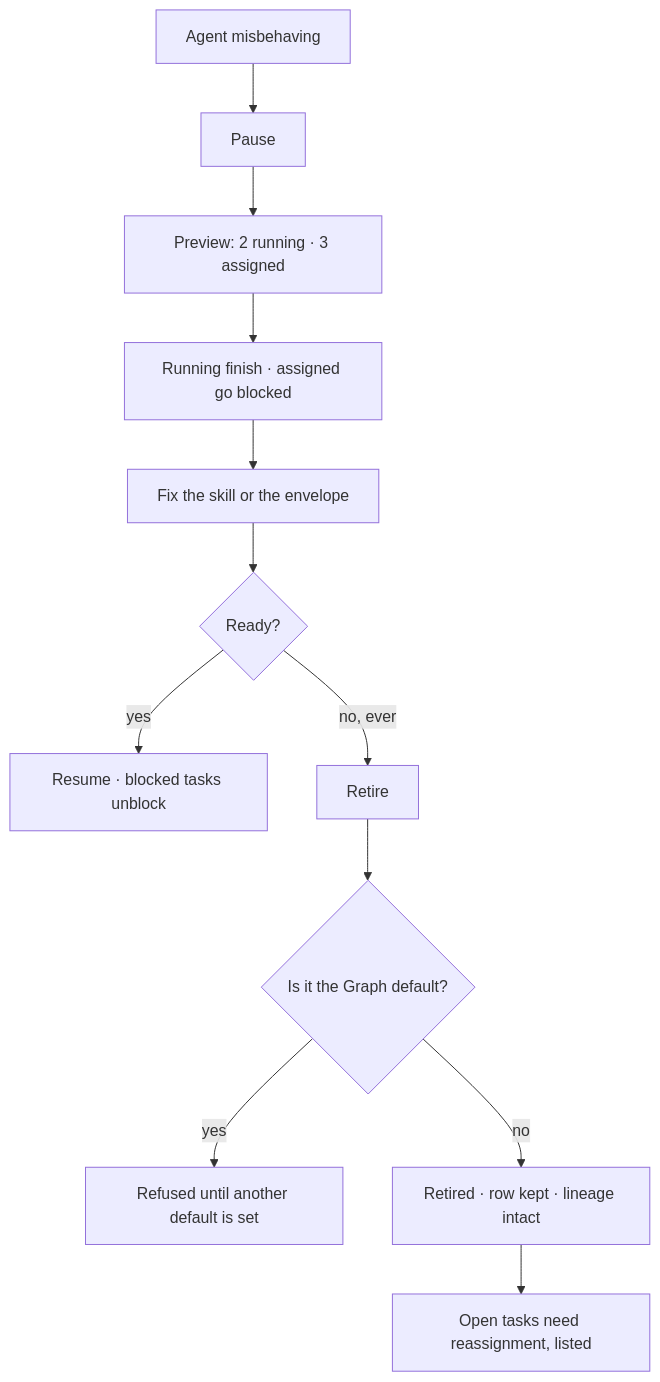
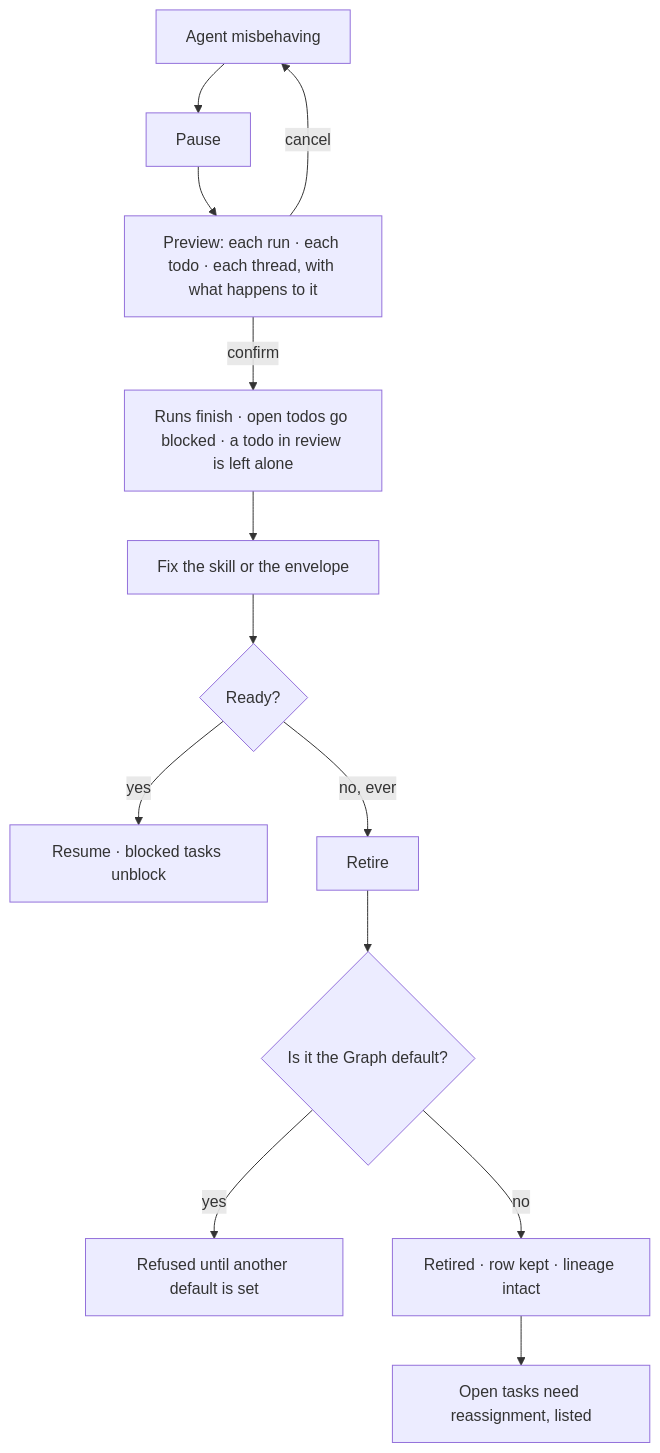
One commit to invana/invana changed the diagram in docs/for-developers/modules/agents/features/lifecycle.md. Above: the diagram before and after it, drawn with Mermaid. The commit also changed other lines of this file and 514 other files, not shown here.

````diff
--- a/docs/for-developers/modules/agents/features/lifecycle.md
+++ b/docs/for-developers/modules/agents/features/lifecycle.md
@@ -31,14 +31,15 @@
 ```mermaid
 flowchart TD
     A[Agent misbehaving] --> B[Pause]
-    B --> C[Preview: 2 running · 3 assigned]
-    C --> D[Running finish · assigned go blocked]
+    B --> C[Preview: each run · each todo · each thread, with what happens to it]
+    C -->|cancel| A
+    C -->|confirm| D[Runs finish · open todos go blocked · a todo in review is left alone]
     D --> E[Fix the skill or the envelope]
     E --> F{Ready?}
     F -->|yes| G[Resume · blocked tasks unblock]
     F -->|no, ever| H[Retire]
     H --> I{Is it the Graph default?}
     I -->|yes| J[Refused until another default is set]
     I -->|no| K[Retired · row kept · lineage intact]
     K --> L[Open tasks need reassignment, listed]
 ```
````
